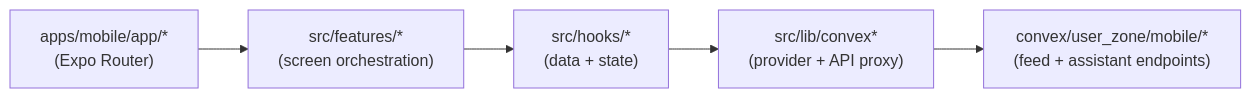
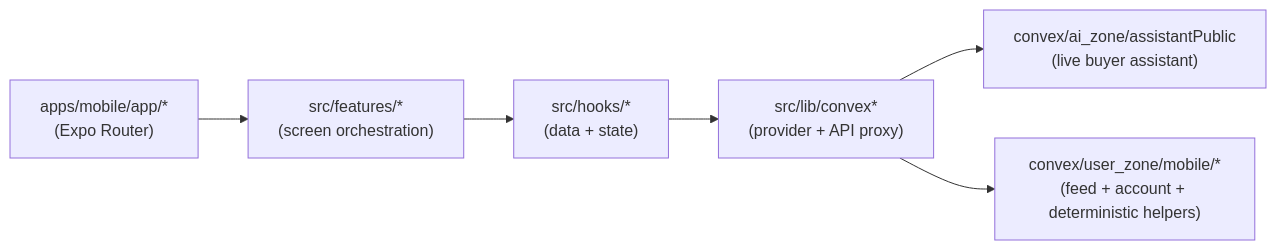
One commit to Up-to-code/anan-ai changed the diagram in docs/handbook/mobile/architecture.md. Above: the diagram before and after it, drawn with Mermaid. The commit also changed other lines of this file and 460 other files, not shown here.

````diff
--- a/docs/handbook/mobile/architecture.md
+++ b/docs/handbook/mobile/architecture.md
@@ -28,7 +28,8 @@
 ```mermaid
 flowchart LR
   R["apps/mobile/app/*\n(Expo Router)"] --> F["src/features/*\n(screen orchestration)"]
   F --> H["src/hooks/*\n(data + state)"]
   H --> C["src/lib/convex*\n(provider + API proxy)"]
-  C --> X["convex/user_zone/mobile/*\n(feed + assistant endpoints)"]
+  C --> A["convex/ai_zone/assistantPublic\n(live buyer assistant)"]
+  C --> X["convex/user_zone/mobile/*\n(feed + account + deterministic helpers)"]
 ```
````
